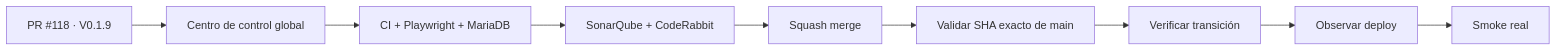
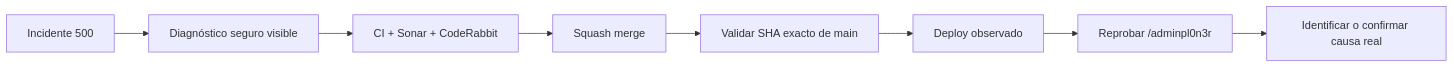
One commit to pl0n3r/Condor changed the diagram in README.md. Above: the diagram before and after it, drawn with Mermaid. The commit also changed other lines of this file and 15 other files, not shown here.

First line of the commit message:
fix: muestra diagnóstico seguro en errores 500 del Super Admin (V 0.1.10)

````diff
--- a/README.md
+++ b/README.md
@@ -65,11 +64,10 @@
 ```mermaid
 flowchart LR
-    A[PR #118 · V0.1.9] --> B[Centro de control global]
-    B --> C[CI + Playwright + MariaDB]
-    C --> D[SonarQube + CodeRabbit]
-    D --> E[Squash merge]
-    E --> F[Validar SHA exacto de main]
-    F --> G[Verificar transición]
-    G --> H[Observar deploy]
-    H --> I[Smoke real]
+    A[Incidente 500] --> B[Diagnóstico seguro visible]
+    B --> C[CI + Sonar + CodeRabbit]
+    C --> D[Squash merge]
+    D --> E[Validar SHA exacto de main]
+    E --> F[Deploy observado]
+    F --> G[Reprobar /adminpl0n3r]
+    G --> H[Identificar o confirmar causa real]
 ```
````
